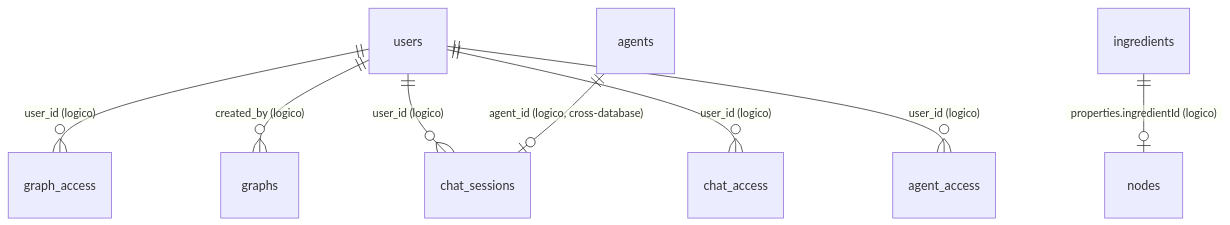
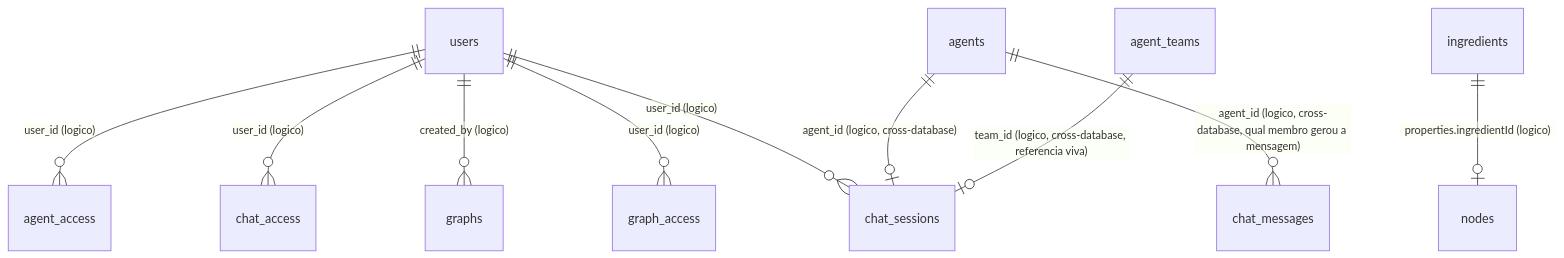
One commit to 0xHackerSpace/wrapper-api changed the sixth of 6 diagrams in docs/database-diagram.md. Above: the diagram before and after it, drawn with Mermaid. The commit also changed other lines of this file and 5 other files, not shown here.

First line of the commit message:
docs: add ADR 0025 and update project docs for agent teams

````diff
--- a/docs/database-diagram.md
+++ b/docs/database-diagram.md
@@ -245,10 +281,12 @@
 ```mermaid
 erDiagram
     users ||--o{ graph_access : "user_id (logico)"
     users ||--o{ graphs : "created_by (logico)"
     ingredients ||--o| nodes : "properties.ingredientId (logico)"
     users ||--o{ chat_sessions : "user_id (logico)"
     users ||--o{ chat_access : "user_id (logico)"
     users ||--o{ agent_access : "user_id (logico)"
     agents ||--o| chat_sessions : "agent_id (logico, cross-database)"
+    agent_teams ||--o| chat_sessions : "team_id (logico, cross-database, referencia viva)"
+    agents ||--o{ chat_messages : "agent_id (logico, cross-database, qual membro gerou a mensagem)"
 ```
````
